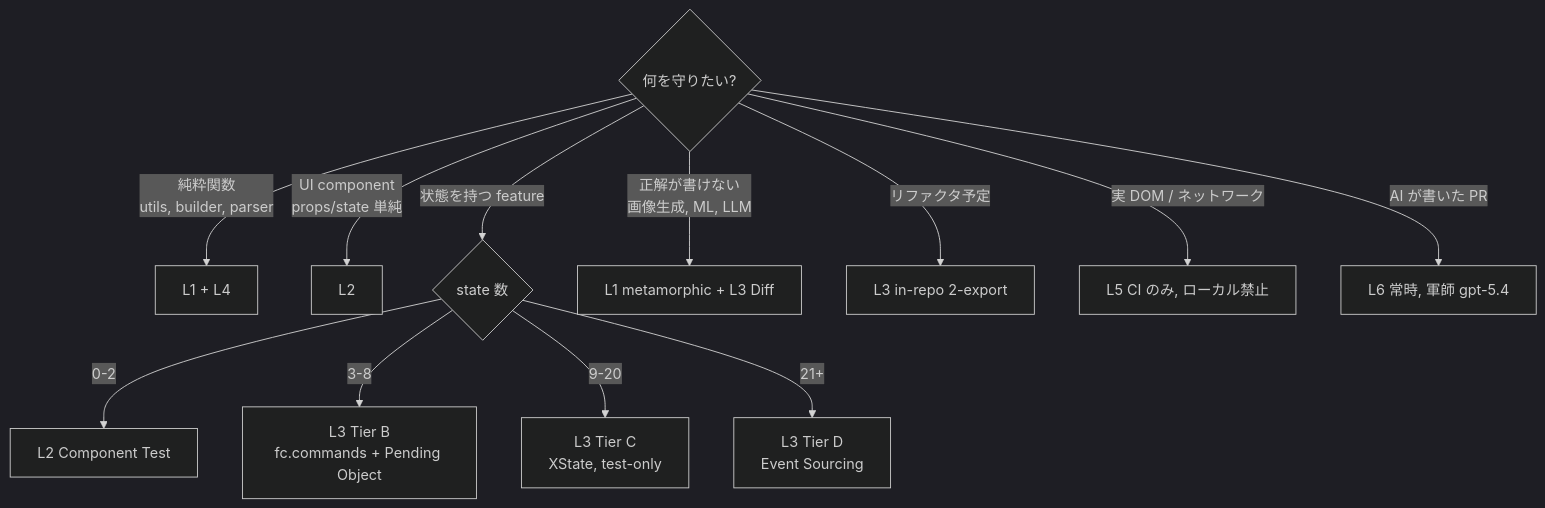
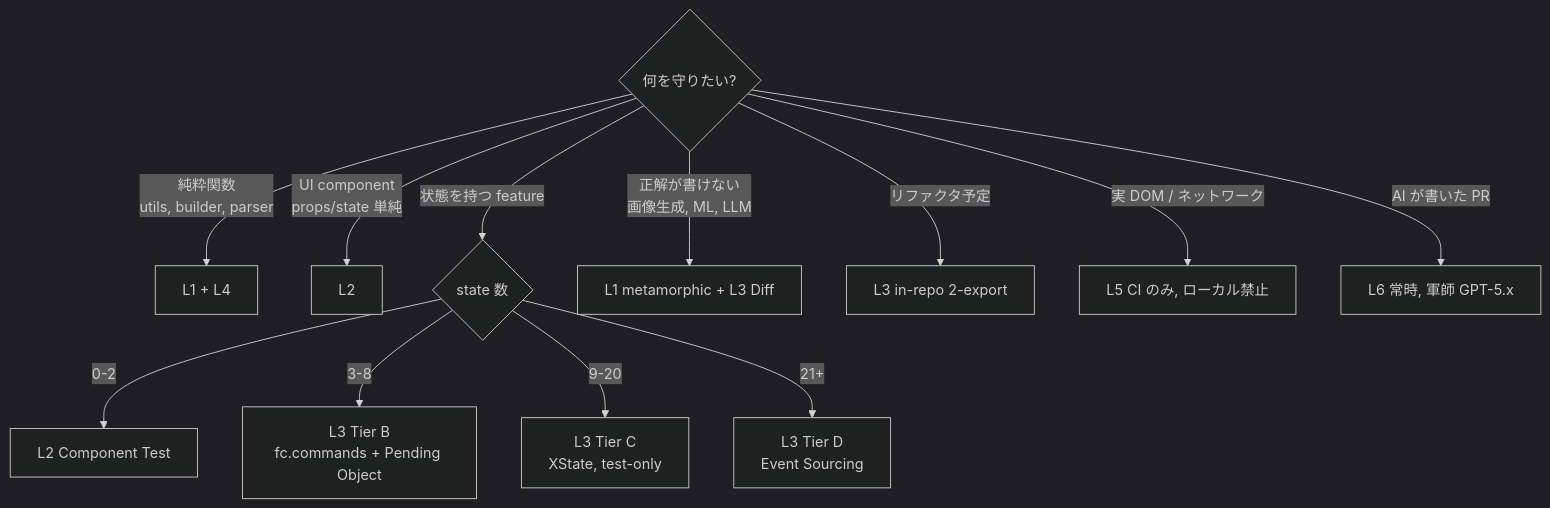
One commit to NAM-MAN/takumi changed the second of 2 diagrams in skills/takumi/verify/runtime.md. Above: the diagram before and after it, drawn with Mermaid (dark theme). The commit also changed other lines of this file and 20 other files, not shown here.

````diff
--- a/skills/takumi/verify/runtime.md
+++ b/skills/takumi/verify/runtime.md
@@ -63,15 +63,15 @@
 ```mermaid
 flowchart TD
     Q{何を守りたい?}
     Q -->|純粋関数<br/>utils, builder, parser| S1[L1 + L4]
     Q -->|UI component<br/>props/state 単純| S2[L2]
     Q -->|状態を持つ feature| S3{state 数}
     S3 -->|0-2| S3a[L2 Component Test]
     S3 -->|3-8| S3b[L3 Tier B<br/>fc.commands + Pending Object]
     S3 -->|9-20| S3c[L3 Tier C<br/>XState, test-only]
     S3 -->|21+| S3d[L3 Tier D<br/>Event Sourcing]
     Q -->|正解が書けない<br/>画像生成, ML, LLM| S4[L1 metamorphic + L3 Diff]
     Q -->|リファクタ予定| S5[L3 in-repo 2-export]
     Q -->|実 DOM / ネットワーク| S6[L5 CI のみ, ローカル禁止]
-    Q -->|AI が書いた PR| S7[L6 常時, 軍師 gpt-5.4]
+    Q -->|AI が書いた PR| S7[L6 常時, 軍師 GPT-5.x]
 ```
````
